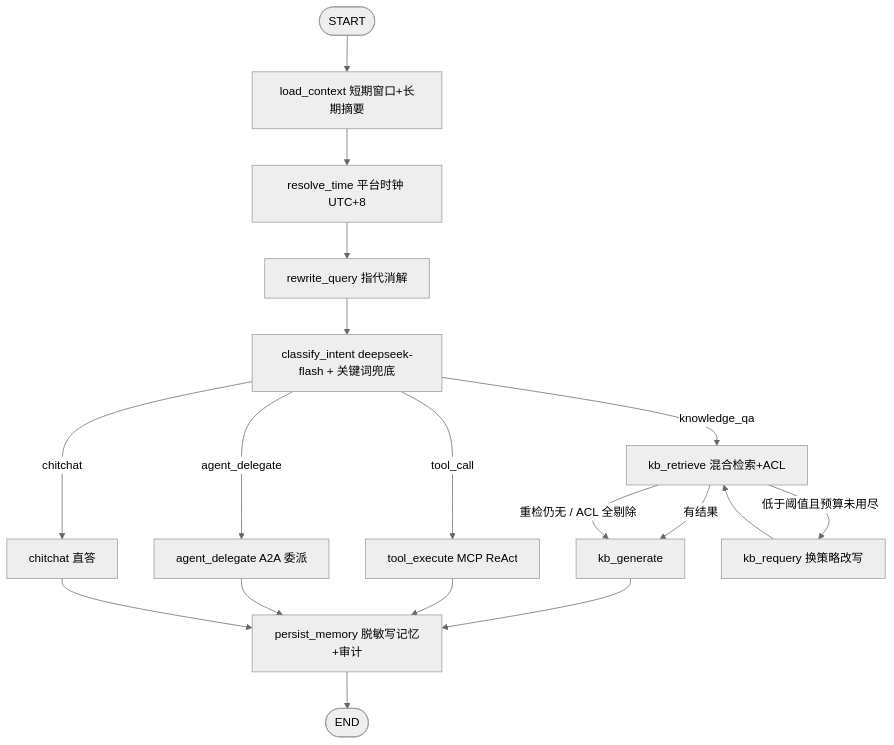
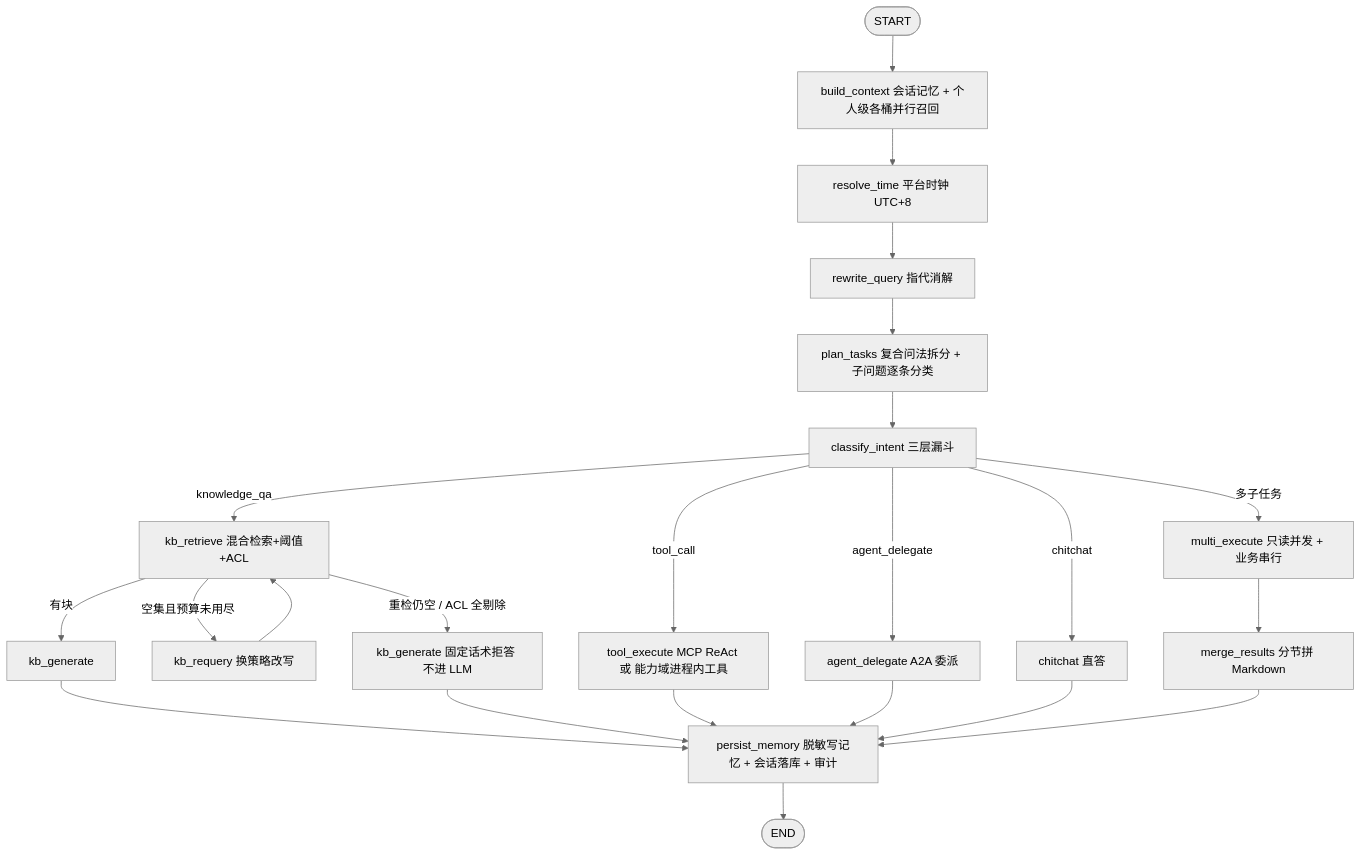
One commit to kob01/multi_mxi changed the second of 2 diagrams in .qoder/repowiki/zh/content/项目总体架构.md. Above: the diagram before and after it, drawn with Mermaid (neutral theme). The commit also changed other lines of this file and 84 other files, not shown here.

````diff
--- a/.qoder/repowiki/zh/content/项目总体架构.md
+++ b/.qoder/repowiki/zh/content/项目总体架构.md
@@ -67,20 +82,25 @@
 ```mermaid
 graph TD
-    S(["START"]) --> A["load_context 短期窗口+长期摘要"]
+    S(["START"]) --> A["build_context 会话记忆 + 个人级各桶并行召回"]
     A --> B["resolve_time 平台时钟 UTC+8"]
     B --> C["rewrite_query 指代消解"]
-    C --> D["classify_intent deepseek-flash + 关键词兜底"]
-    D -->|knowledge_qa| E["kb_retrieve 混合检索+ACL"]
-    D -->|tool_call| H["tool_execute MCP ReAct"]
+    C --> P["plan_tasks 复合问法拆分 + 子问题逐条分类"]
+    P --> D["classify_intent 三层漏斗"]
+    D -->|knowledge_qa| E["kb_retrieve 混合检索+阈值+ACL"]
+    E -->|有块| F["kb_generate"]
+    E -->|空集且预算未用尽| G["kb_requery 换策略改写"]
+    G --> E
+    E -->|重检仍空 / ACL 全剔除| F2["kb_generate 固定话术拒答 不进 LLM"]
+    D -->|tool_call| H["tool_execute MCP ReAct 或 能力域进程内工具"]
     D -->|agent_delegate| I["agent_delegate A2A 委派"]
     D -->|chitchat| J["chitchat 直答"]
-    E -->|有结果| F["kb_generate"]
-    E -->|低于阈值且预算未用尽| G["kb_requery 换策略改写"]
-    G --> E
-    E -->|重检仍无 / ACL 全剔除| F
-    F --> K["persist_memory 脱敏写记忆+审计"]
+    D -->|多子任务| M["multi_execute 只读并发 + 业务串行"]
+    M --> MR["merge_results 分节拼 Markdown"]
+    F --> K["persist_memory 脱敏写记忆 + 会话落库 + 审计"]
+    F2 --> K
     H --> K
     I --> K
     J --> K
+    MR --> K
     K --> T(["END"])
 ```
````
